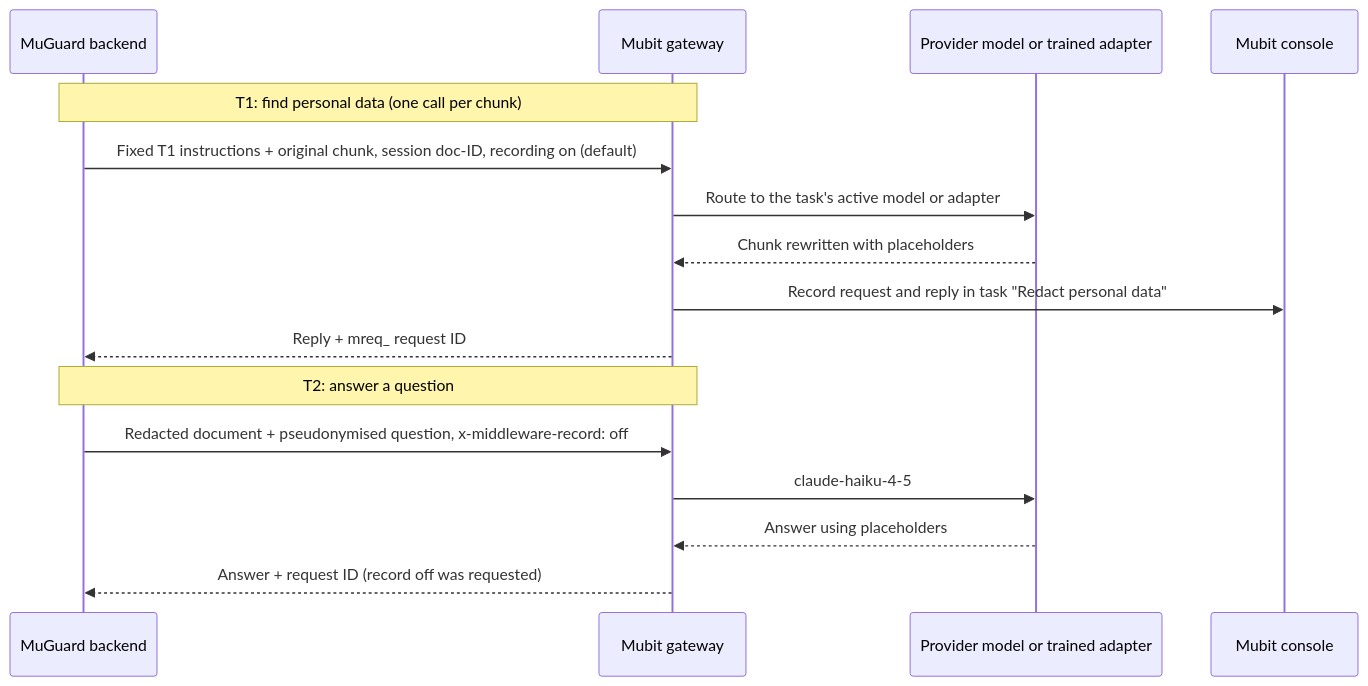
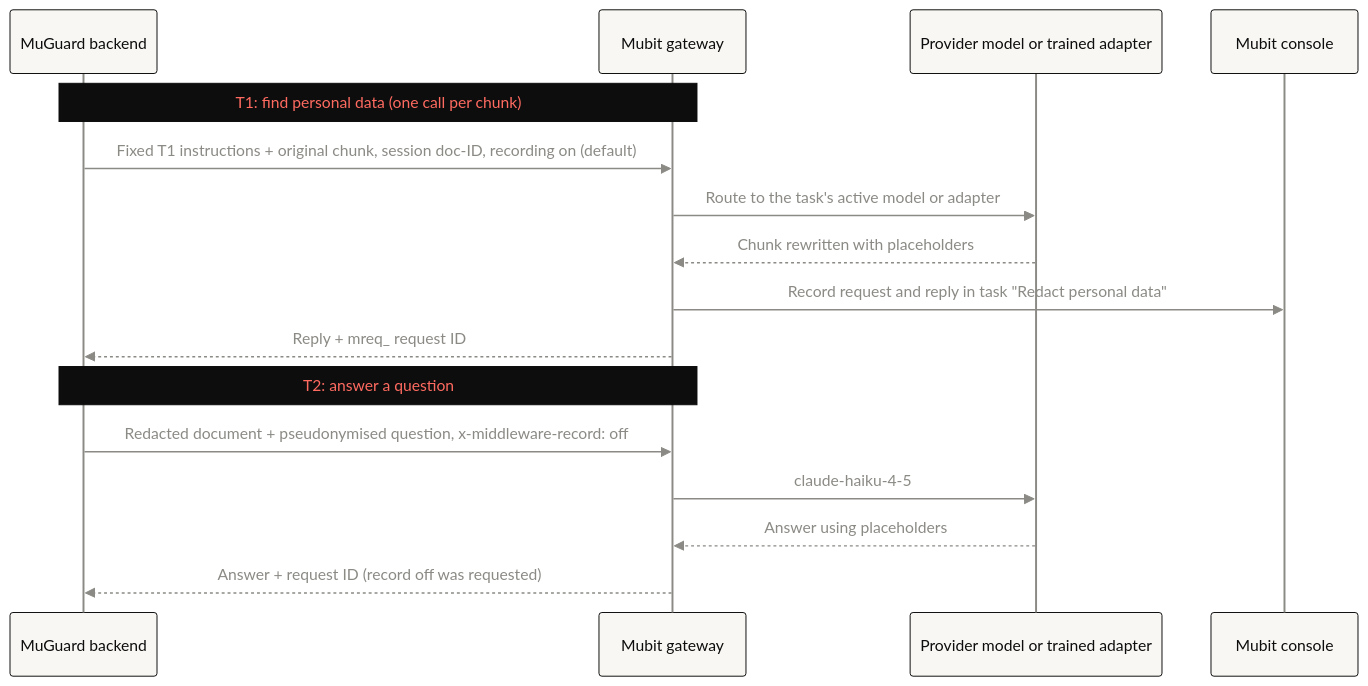
One commit to kolyamkl/night-shift changed the third of 4 diagrams in README.md. Above: the diagram before and after it, drawn with Mermaid. The commit also changed other lines of this file and 12 other files, not shown here.

First line of the commit message:
README in the landing page's style: pixel scenes instead of grey diagrams

````diff
--- a/README.md
+++ b/README.md
@@ -165,20 +192,21 @@
 ```mermaid
+%%{init: {"theme": "base", "themeVariables": {"fontFamily": "ui-monospace, SFMono-Regular, Menlo, monospace", "primaryColor": "#f8f7f3", "primaryTextColor": "#0d0d0d", "primaryBorderColor": "#0d0d0d", "lineColor": "#8b8a85", "actorBkg": "#f8f7f3", "actorBorder": "#0d0d0d", "actorTextColor": "#0d0d0d", "actorLineColor": "#8b8a85", "signalColor": "#8b8a85", "signalTextColor": "#8b8a85", "noteBkgColor": "#0d0d0d", "noteTextColor": "#ff6b61", "noteBorderColor": "#0d0d0d", "activationBkgColor": "#e2231a"}}}%%
 sequenceDiagram
     participant API as MuGuard backend
     participant M as Mubit gateway
     participant P as Provider model or trained adapter
     participant C as Mubit console
 
     Note over API,M: T1: find personal data (one call per chunk)
     API->>M: Fixed T1 instructions + original chunk, session doc-ID, recording on (default)
     M->>P: Route to the task's active model or adapter
     P-->>M: Chunk rewritten with placeholders
     M->>C: Record request and reply in task "Redact personal data"
     M-->>API: Reply + mreq_ request ID
 
     Note over API,M: T2: answer a question
     API->>M: Redacted document + pseudonymised question, x-middleware-record: off
     M->>P: claude-haiku-4-5
     P-->>M: Answer using placeholders
     M-->>API: Answer + request ID (record off was requested)
 ```
````
